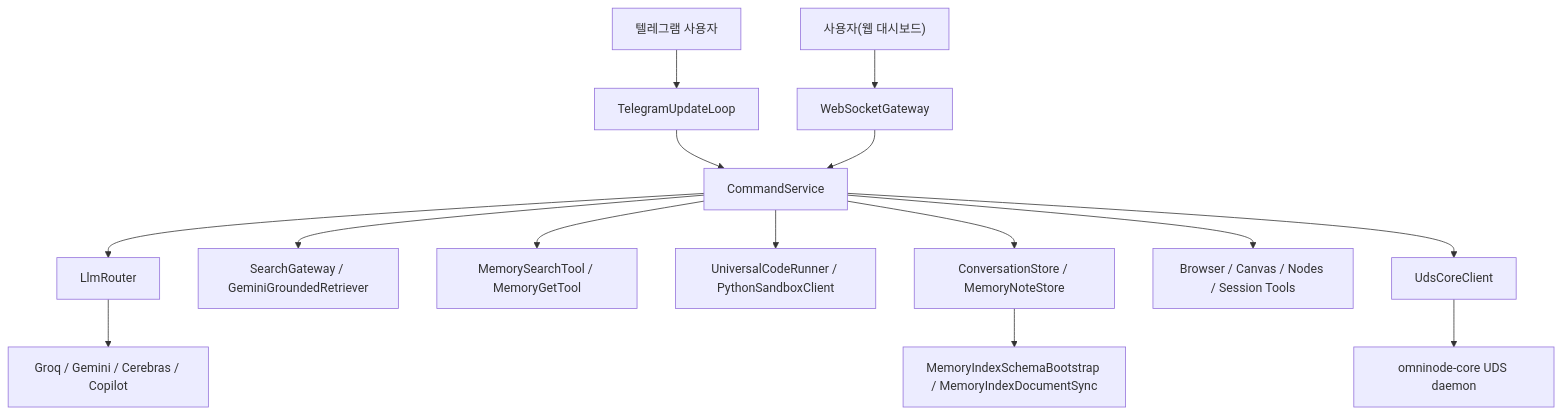
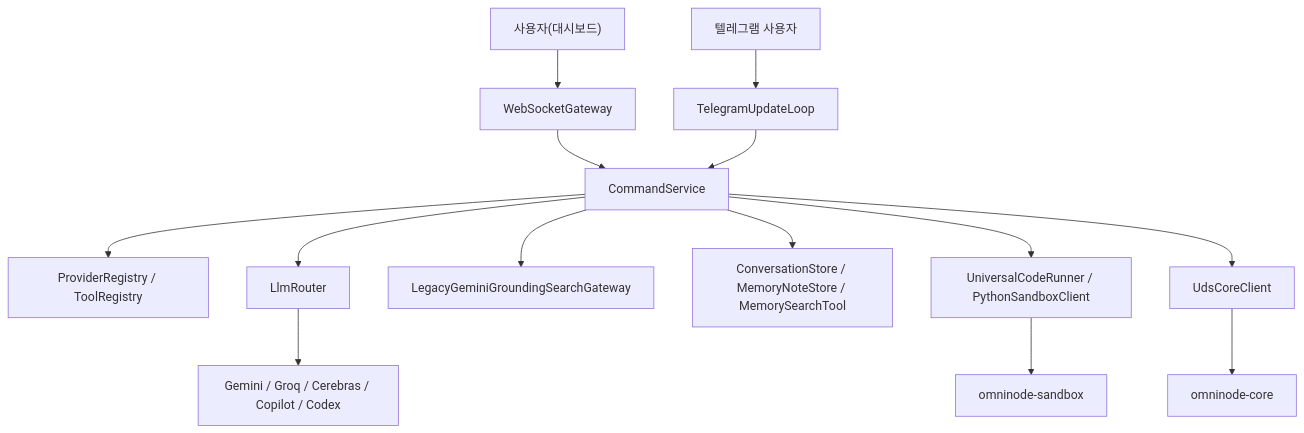
Before and after one commit to Tunelts3852/Omni-node: the diagram in README.md, drawn with Mermaid. The commit also changed other lines of this file and 43 other files, not shown here.

````diff
--- a/README.md
+++ b/README.md
@@ -54,17 +64,16 @@
 ```mermaid
 flowchart TD
-    U["사용자(웹 대시보드)"] --> W["WebSocketGateway"]
+    U["사용자(대시보드)"] --> G["WebSocketGateway"]
     T["텔레그램 사용자"] --> TL["TelegramUpdateLoop"]
-    TL --> CS["CommandService"]
-    W --> CS
+    G --> CS["CommandService"]
+    TL --> CS
+    CS --> PR["ProviderRegistry / ToolRegistry"]
     CS --> LR["LlmRouter"]
-    CS --> SG["SearchGateway / GeminiGroundedRetriever"]
-    CS --> MS["MemorySearchTool / MemoryGetTool"]
-    CS --> CR["UniversalCodeRunner / PythonSandboxClient"]
-    CS --> CV["ConversationStore / MemoryNoteStore"]
-    CS --> TO["Browser / Canvas / Nodes / Session Tools"]
-    LR --> GP["Groq / Gemini / Cerebras / Copilot"]
+    CS --> SG["LegacyGeminiGroundingSearchGateway"]
+    CS --> MEM["ConversationStore / MemoryNoteStore / MemorySearchTool"]
+    CS --> CODE["UniversalCodeRunner / PythonSandboxClient"]
     CS --> UDS["UdsCoreClient"]
-    UDS --> CORE["omninode-core UDS daemon"]
-    CV --> IDX["MemoryIndexSchemaBootstrap / MemoryIndexDocumentSync"]
+    LR --> P["Gemini / Groq / Cerebras / Copilot / Codex"]
+    UDS --> CORE["omninode-core"]
+    CODE --> SB["omninode-sandbox"]
 ```
````
